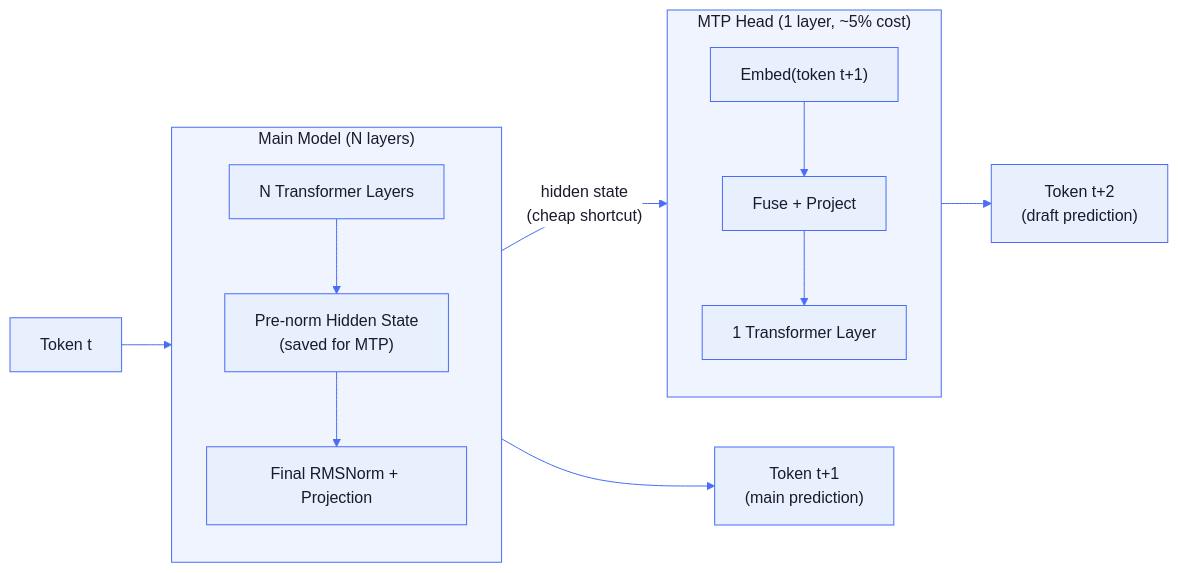
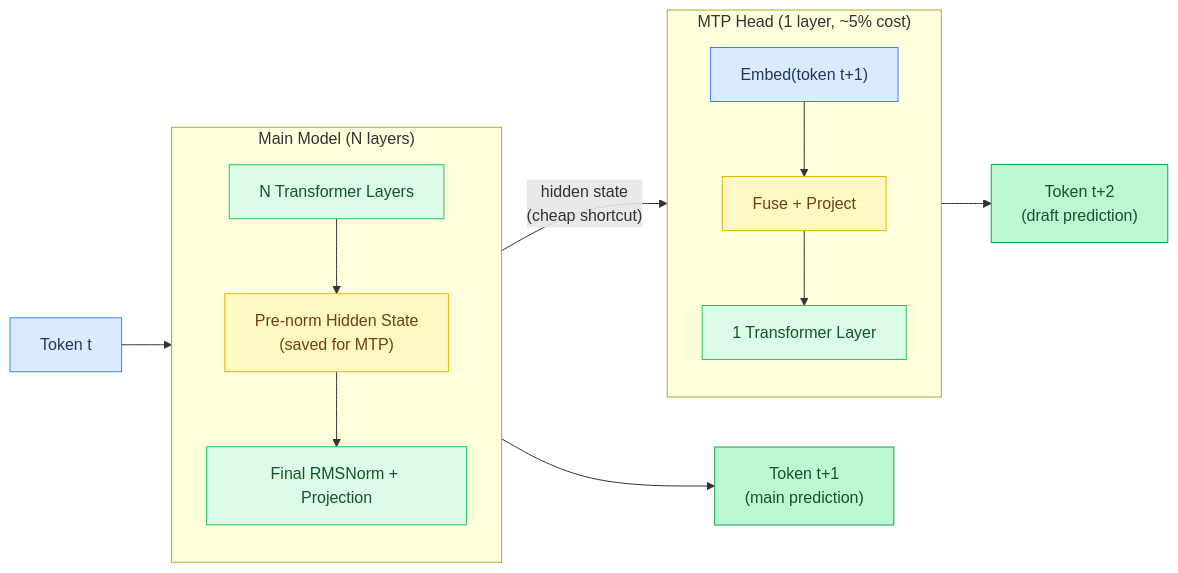
The first of 7 diagrams in docs/tutorial/18-multi-token-prediction.md (maci0/agave), drawn with Mermaid before and after one commit. The commit also changed other lines of this file and 24 other files, not shown here.

First line of the commit message:
docs: convert all mermaid diagrams to classDef semantic colors

````diff
--- a/docs/tutorial/18-multi-token-prediction.md
+++ b/docs/tutorial/18-multi-token-prediction.md
@@ -43,39 +43,34 @@
 ```mermaid
-%%{init: {'theme': 'base', 'themeVariables': {
-  'primaryColor': '#e8f0fe',
-  'primaryTextColor': '#1a1a2e',
-  'primaryBorderColor': '#4a6cf7',
-  'lineColor': '#4a6cf7',
-  'secondaryColor': '#f0f4ff',
-  'tertiaryColor': '#f8f9ff',
-  'edgeLabelBackground': '#ffffff',
-  'clusterBkg': '#f0f4ff',
-  'clusterBorder': '#4a6cf7',
-  'titleColor': '#1a1a2e',
-  'nodeTextColor': '#1a1a2e',
-  'fontFamily': 'ui-monospace, SFMono-Regular, monospace'
-}}}%%
 flowchart LR
-    Input["Token t"] --> MainModel
+    classDef setup     fill:#dbeafe,stroke:#3b82f6,color:#1e3a5f
+    classDef sync      fill:#dcfce7,stroke:#22c55e,color:#14532d
+    classDef migration fill:#fef9c3,stroke:#eab308,color:#713f12
+    classDef success   fill:#bbf7d0,stroke:#16a34a,color:#14532d
+    classDef danger    fill:#fee2e2,stroke:#ef4444,color:#7f1d1d
+    classDef optional  fill:#f3e8ff,stroke:#9333ea,color:#581c87
+
+    Input["Token t"]:::setup
+
+    Input --> MainModel
 
     subgraph MainModel["Main Model (N layers)"]
         direction TB
-        Layers["N Transformer Layers"]
-        PreNorm["Pre-norm Hidden State\n(saved for MTP)"]
-        OutNorm["Final RMSNorm + Projection"]
+        Layers["N Transformer Layers"]:::sync
+        PreNorm["Pre-norm Hidden State\n(saved for MTP)"]:::migration
+        OutNorm["Final RMSNorm + Projection"]:::sync
         Layers --> PreNorm --> OutNorm
     end
 
-    OutNorm --> TokenT1["Token t+1\n(main prediction)"]
+    OutNorm --> TokenT1["Token t+1\n(main prediction)"]:::success
     PreNorm -- "hidden state\n(cheap shortcut)" --> MTPHead
 
     subgraph MTPHead["MTP Head (1 layer, ~5% cost)"]
         direction TB
-        EmbedT1["Embed(token t+1)"]
-        Fuse["Fuse + Project"]
-        SingleLayer["1 Transformer Layer"]
+        EmbedT1["Embed(token t+1)"]:::setup
+        Fuse["Fuse + Project"]:::migration
+        SingleLayer["1 Transformer Layer"]:::sync
         EmbedT1 --> Fuse --> SingleLayer
     end
 
-    MTPHead --> TokenT2["Token t+2\n(draft prediction)"]
+    MTPHead --> TokenT2["Token t+2\n(draft prediction)"]:::success
 ```
````
